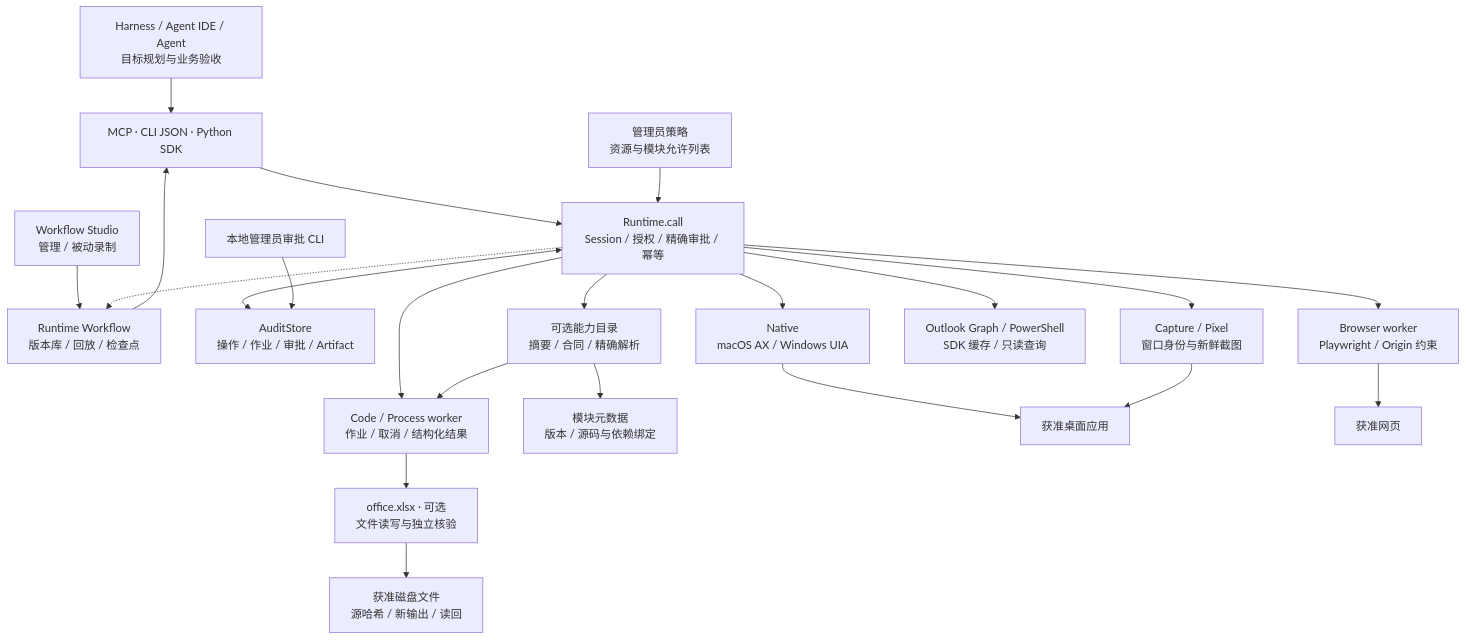
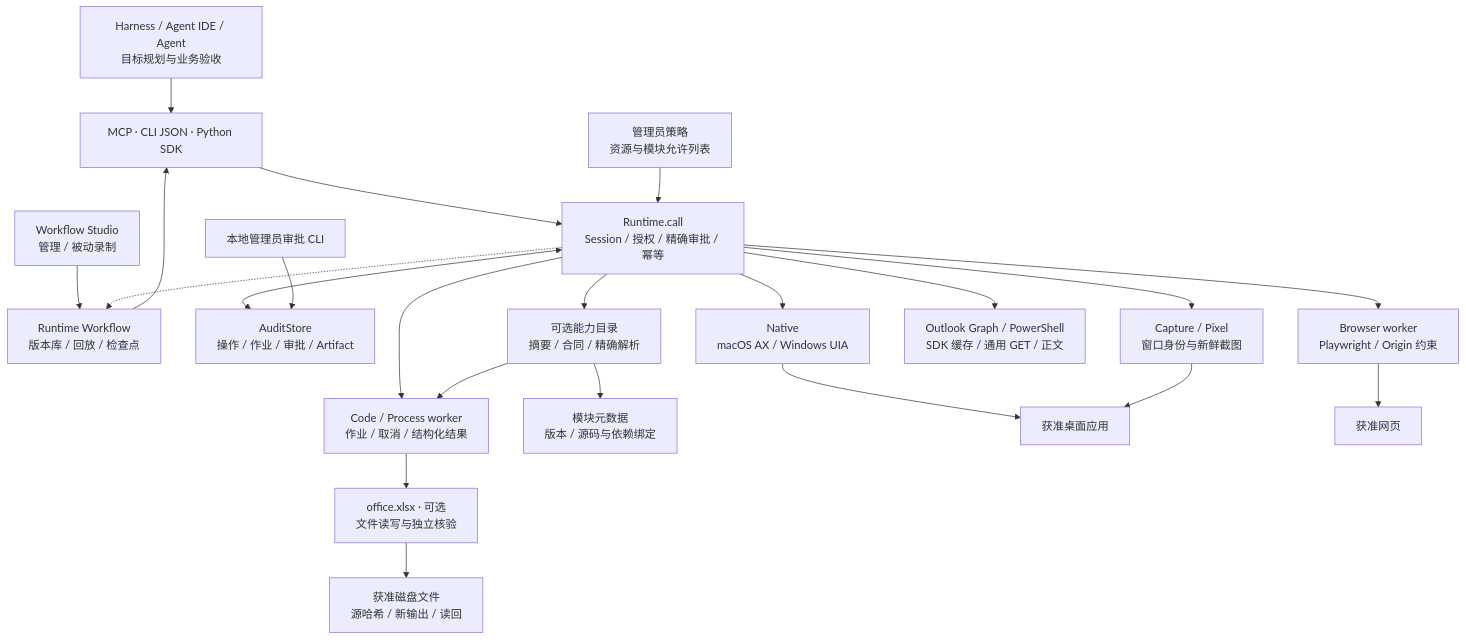
The first of 2 diagrams in wiki/summaries/architecture-map.md (YeohsCode/Bokkio), drawn with Mermaid before and after one commit. The commit also changed other lines of this file and 60 other files, not shown here.

Commit message:
Replace hardcoded Outlook query with generic Graph reads and update wiki

````diff
--- a/wiki/summaries/architecture-map.md
+++ b/wiki/summaries/architecture-map.md
@@ -23,24 +23,24 @@
 ```mermaid
 flowchart TB
     Caller["Harness / Agent IDE / Agent<br/>目标规划与业务验收"] --> API["MCP · CLI JSON · Python SDK"]
     Studio["Workflow Studio<br/>管理 / 被动录制"] --> WF["Runtime Workflow<br/>版本库 / 回放 / 检查点"]
     WF --> API
     API --> Core["Runtime.call<br/>Session / 授权 / 精确审批 / 幂等"]
     Policy["管理员策略<br/>资源与模块允许列表"] --> Core
     Core <--> Audit["AuditStore<br/>操作 / 作业 / 审批 / Artifact"]
     Admin["本地管理员审批 CLI"] --> Audit
     Core -.-> WF
     Core --> Native["Native<br/>macOS AX / Windows UIA"]
     Core --> Pixel["Capture / Pixel<br/>窗口身份与新鲜截图"]
     Core --> Browser["Browser worker<br/>Playwright / Origin 约束"]
-    Core --> Graph["Outlook Graph / PowerShell<br/>SDK 缓存 / 只读查询"]
+    Core --> Graph["Outlook Graph / PowerShell<br/>SDK 缓存 / 通用 GET / 正文"]
     Core --> Jobs["Code / Process worker<br/>作业 / 取消 / 结构化结果"]
     Core --> Registry["可选能力目录<br/>摘要 / 合同 / 精确解析"]
     Registry --> Meta["模块元数据<br/>版本 / 源码与依赖绑定"]
     Registry --> Jobs
     Jobs --> XLSX["office.xlsx · 可选<br/>文件读写与独立核验"]
     Native --> Apps["获准桌面应用"]
     Pixel --> Apps
     Browser --> Web["获准网页"]
     XLSX --> Files["获准磁盘文件<br/>源哈希 / 新输出 / 读回"]
 ```
````
